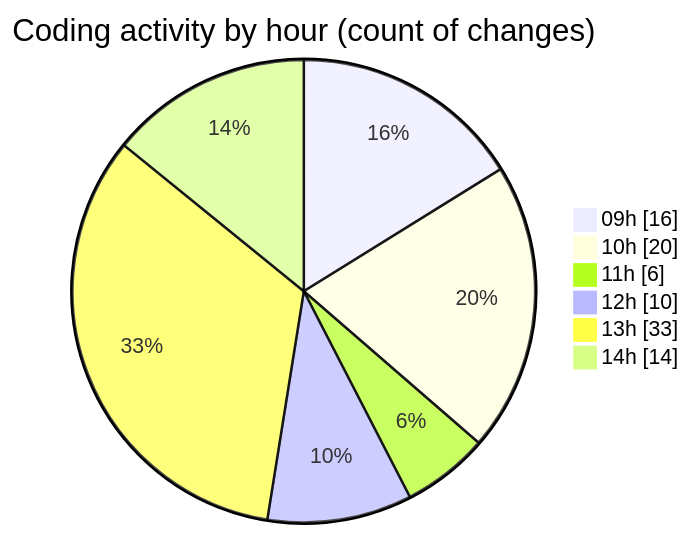
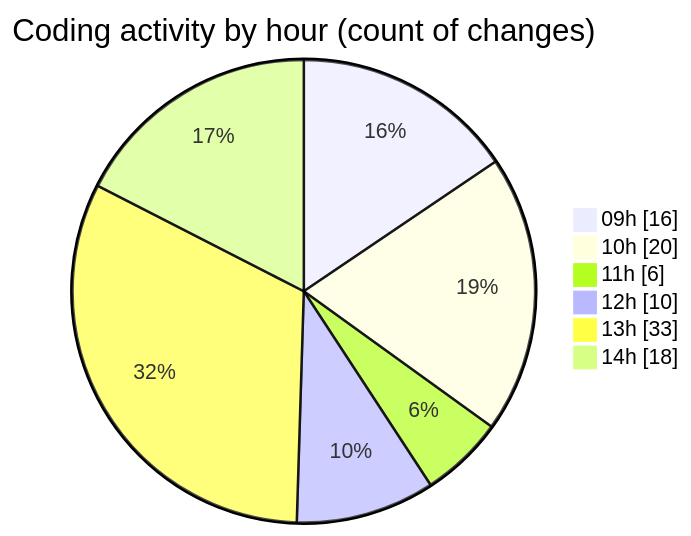
The second of 2 diagrams in 2025-05-16/cda/README.md (momahboobian/code-tracking), drawn with Mermaid before and after one commit. The commit also changed other lines of this file and 1 other file, not shown here.

````diff
--- a/2025-05-16/cda/README.md
+++ b/2025-05-16/cda/README.md
@@ -57,10 +58,10 @@
 ```mermaid
 pie showData
 title Coding activity by hour (count of changes)
 "09h" : 16
 "10h" : 20
 "11h" : 6
 "12h" : 10
 "13h" : 33
-"14h" : 14
+"14h" : 18
 ```
````
